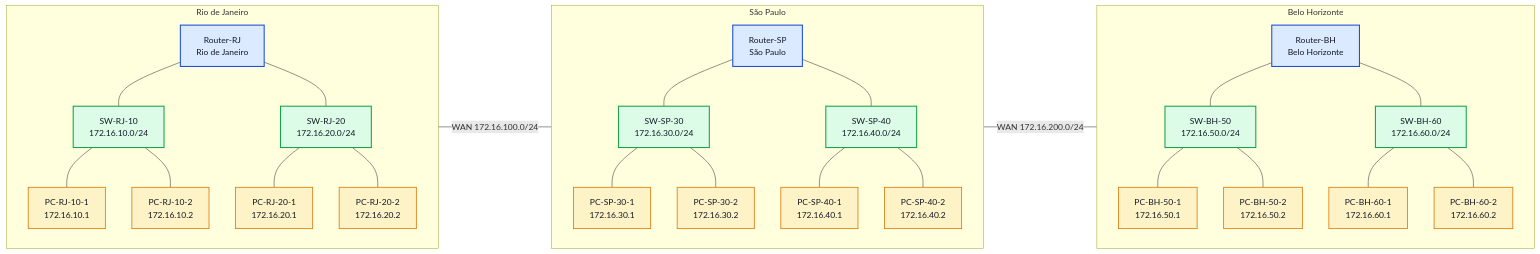
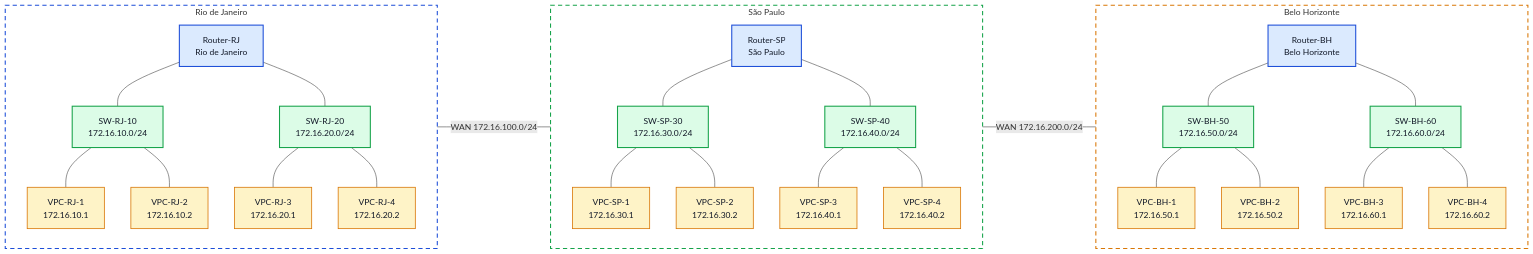
One commit to oficialvzi/PTR changed the diagram in labs/lab05.md. Above: the diagram before and after it, drawn with Mermaid. The commit also changed other lines of this file, not shown here.

````diff
--- a/labs/lab05.md
+++ b/labs/lab05.md
@@ -86,7 +86,7 @@
 ```mermaid
 flowchart LR
   %% =========================
-  %% WAN entre roteadores
+  %% Roteadores
   %% =========================
   RJR["Router-RJ<br/>Rio de Janeiro"]
   SPR["Router-SP<br/>São Paulo"]
@@ -107,15 +107,15 @@
     RJR --- SWRJ10
     RJR --- SWRJ20
 
-    PCRJ101["PC-RJ-10-1<br/>172.16.10.1"]
-    PCRJ102["PC-RJ-10-2<br/>172.16.10.2"]
-    PCRJ201["PC-RJ-20-1<br/>172.16.20.1"]
-    PCRJ202["PC-RJ-20-2<br/>172.16.20.2"]
+    VPCRJ1["VPC-RJ-1<br/>172.16.10.1"]
+    VPCRJ2["VPC-RJ-2<br/>172.16.10.2"]
+    VPCRJ3["VPC-RJ-3<br/>172.16.20.1"]
+    VPCRJ4["VPC-RJ-4<br/>172.16.20.2"]
 
-    SWRJ10 --- PCRJ101
-    SWRJ10 --- PCRJ102
-    SWRJ20 --- PCRJ201
-    SWRJ20 --- PCRJ202
+    SWRJ10 --- VPCRJ1
+    SWRJ10 --- VPCRJ2
+    SWRJ20 --- VPCRJ3
+    SWRJ20 --- VPCRJ4
   end
 
   %% =========================
@@ -130,15 +130,15 @@
     SPR --- SWSP30
     SPR --- SWSP40
 
-    PCSP301["PC-SP-30-1<br/>172.16.30.1"]
-    PCSP302["PC-SP-30-2<br/>172.16.30.2"]
-    PCSP401["PC-SP-40-1<br/>172.16.40.1"]
-    PCSP402["PC-SP-40-2<br/>172.16.40.2"]
+    VPCSP1["VPC-SP-1<br/>172.16.30.1"]
+    VPCSP2["VPC-SP-2<br/>172.16.30.2"]
+    VPCSP3["VPC-SP-3<br/>172.16.40.1"]
+    VPCSP4["VPC-SP-4<br/>172.16.40.2"]
 
-    SWSP30 --- PCSP301
-    SWSP30 --- PCSP302
-    SWSP40 --- PCSP401
-    SWSP40 --- PCSP402
+    SWSP30 --- VPCSP1
+    SWSP30 --- VPCSP2
+    SWSP40 --- VPCSP3
+    SWSP40 --- VPCSP4
   end
 
   %% =========================
@@ -153,27 +153,33 @@
     BHR --- SWBH50
     BHR --- SWBH60
 
-    PCBH501["PC-BH-50-1<br/>172.16.50.1"]
-    PCBH502["PC-BH-50-2<br/>172.16.50.2"]
-    PCBH601["PC-BH-60-1<br/>172.16.60.1"]
-    PCBH602["PC-BH-60-2<br/>172.16.60.2"]
+    VPCBH1["VPC-BH-1<br/>172.16.50.1"]
+    VPCBH2["VPC-BH-2<br/>172.16.50.2"]
+    VPCBH3["VPC-BH-3<br/>172.16.60.1"]
+    VPCBH4["VPC-BH-4<br/>172.16.60.2"]
 
-    SWBH50 --- PCBH501
-    SWBH50 --- PCBH502
-    SWBH60 --- PCBH601
-    SWBH60 --- PCBH602
+    SWBH50 --- VPCBH1
+    SWBH50 --- VPCBH2
+    SWBH60 --- VPCBH3
+    SWBH60 --- VPCBH4
   end
 
   %% =========================
-  %% Cores
+  %% Cores dos equipamentos
   %% =========================
   classDef router fill:#dbeafe,stroke:#1d4ed8,color:#111827,stroke-width:2px;
   classDef switch fill:#dcfce7,stroke:#16a34a,color:#111827,stroke-width:2px;
   classDef host fill:#fef3c7,stroke:#d97706,color:#111827,stroke-width:1.5px;
-  classDef wan fill:#fee2e2,stroke:#dc2626,color:#111827,stroke-width:2px;
 
   class RJR,SPR,BHR router;
   class SWRJ10,SWRJ20,SWSP30,SWSP40,SWBH50,SWBH60 switch;
-  class PCRJ101,PCRJ102,PCRJ201,PCRJ202,PCSP301,PCSP302,PCSP401,PCSP402,PCBH501,PCBH502,PCBH601,PCBH602 host;
+  class VPCRJ1,VPCRJ2,VPCRJ3,VPCRJ4,VPCSP1,VPCSP2,VPCSP3,VPCSP4,VPCBH1,VPCBH2,VPCBH3,VPCBH4 host;
+
+  %% =========================
+  %% Blocos dos estados
+  %% =========================
+  style RJ fill:transparent,stroke:#1d4ed8,stroke-width:2px,stroke-dasharray: 8 6
+  style SP fill:transparent,stroke:#16a34a,stroke-width:2px,stroke-dasharray: 8 6
+  style BH fill:transparent,stroke:#d97706,stroke-width:2px,stroke-dasharray: 8 6
 
 ```
````
